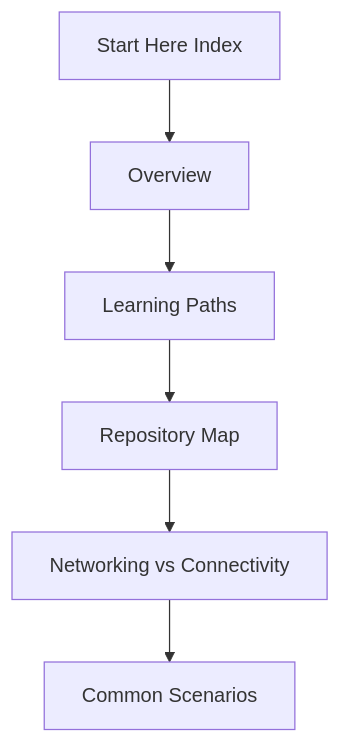
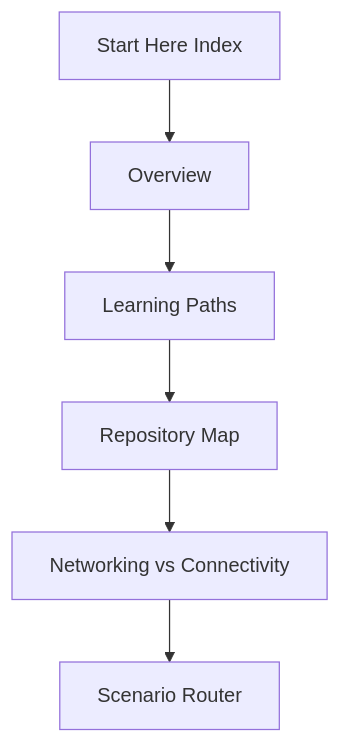
One commit to yeongseon/azure-networking-practical-guide changed the diagram in docs/start-here/index.md. Above: the diagram before and after it, drawn with Mermaid. The commit also changed other lines of this file and 7 other files, not shown here.

First line of the commit message:
docs(scenario-router): add unified scenario-router.md aligning with series-wide start-here shape

````diff
--- a/docs/start-here/index.md
+++ b/docs/start-here/index.md
@@ -30,8 +30,8 @@
 ```mermaid
 graph TD
     IN[Start Here Index] --> OV[Overview]
     OV --> LP[Learning Paths]
     LP --> RM[Repository Map]
     RM --> NC[Networking vs Connectivity]
-    NC --> CS[Common Scenarios]
+    NC --> SR[Scenario Router]
 ```
````
